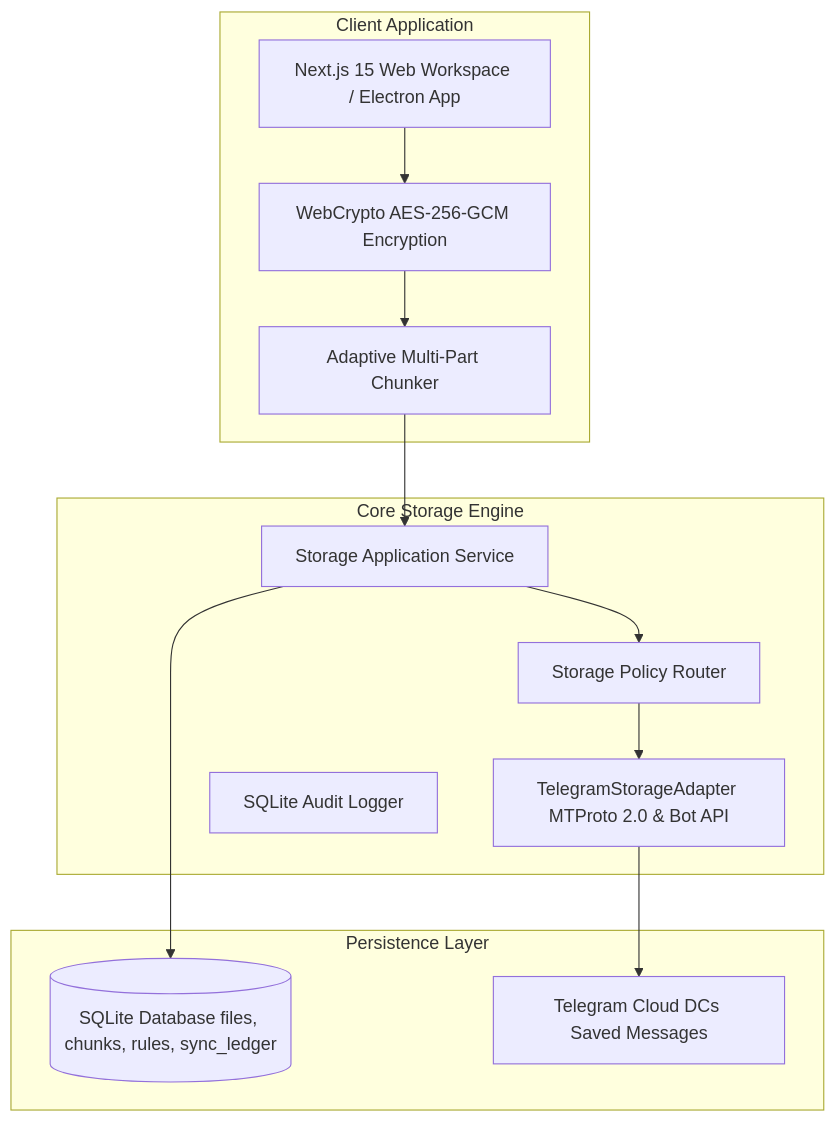
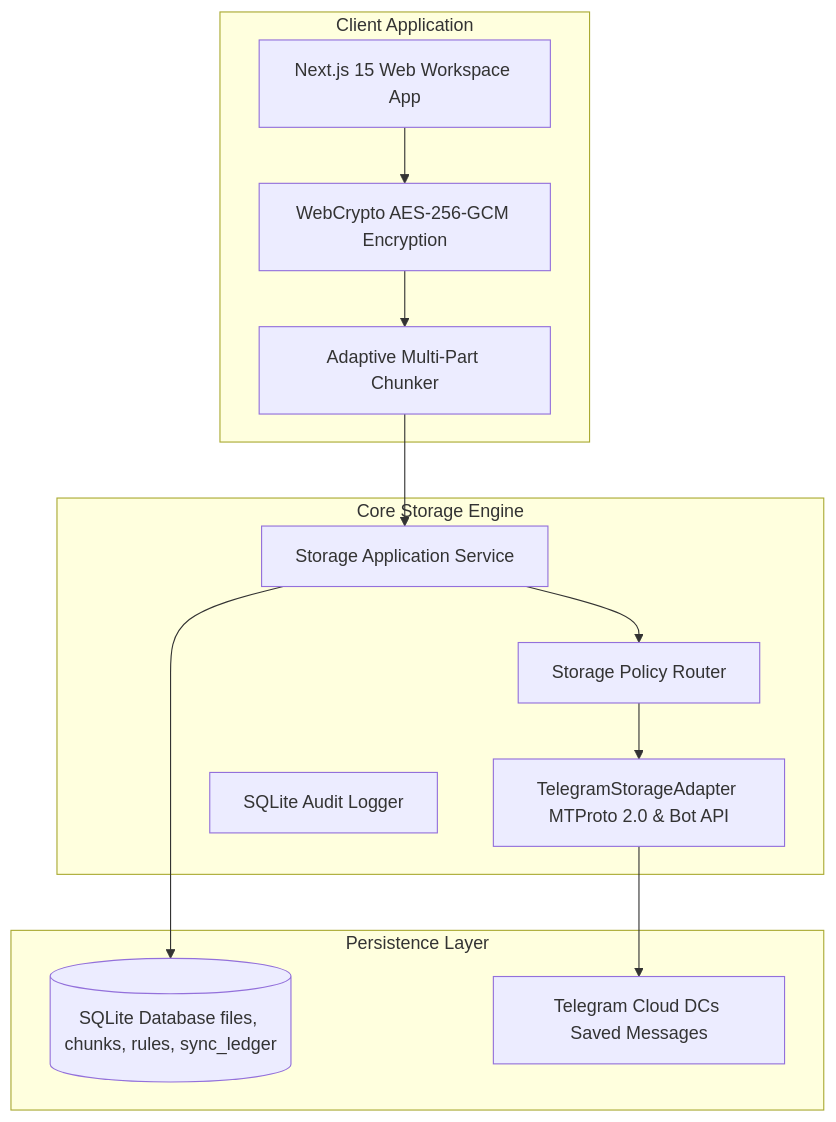
Before and after one commit to vanrajsinh650/BucketSpace: the second of 3 diagrams in context/04_SYSTEM_ARCHITECTURE.md, drawn with Mermaid. The commit also changed other lines of this file and 8 other files, not shown here.

Commit message:
remove electron desktop application and streamline project to web and api

````diff
--- a/context/04_SYSTEM_ARCHITECTURE.md
+++ b/context/04_SYSTEM_ARCHITECTURE.md
@@ -29,28 +29,28 @@
 ```mermaid
 graph TB
     subgraph Client Application
-        NextUI[Next.js 15 Web Workspace / Electron App]
+        NextUI[Next.js 15 Web Workspace App]
         CryptoEngine[WebCrypto AES-256-GCM Encryption]
         Chunker[Adaptive Multi-Part Chunker]
     end
 
     subgraph Core Storage Engine
         StorageService[Storage Application Service]
         Router[Storage Policy Router]
         TelegramAdapter[TelegramStorageAdapter MTProto 2.0 & Bot API]
         AuditRepo[SQLite Audit Logger]
     end
 
     subgraph Persistence Layer
         SQLiteDB[(SQLite Database files, chunks, rules, sync_ledger)]
         TelegramRemote[Telegram Cloud DCs Saved Messages]
     end
 
     NextUI --> CryptoEngine
     CryptoEngine --> Chunker
     Chunker --> StorageService
     StorageService --> Router
     Router --> TelegramAdapter
     StorageService --> SQLiteDB
     TelegramAdapter --> TelegramRemote
 ```
````
